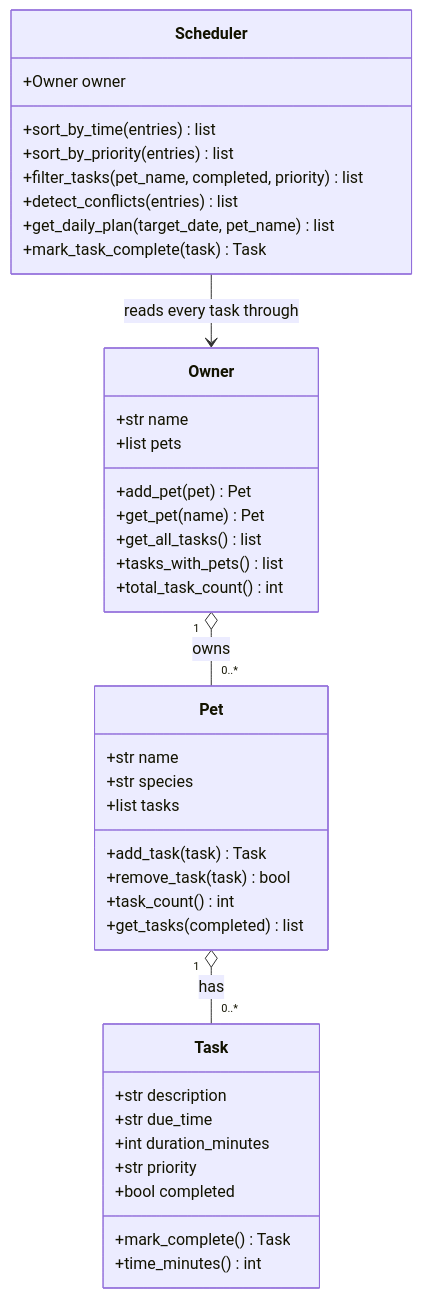
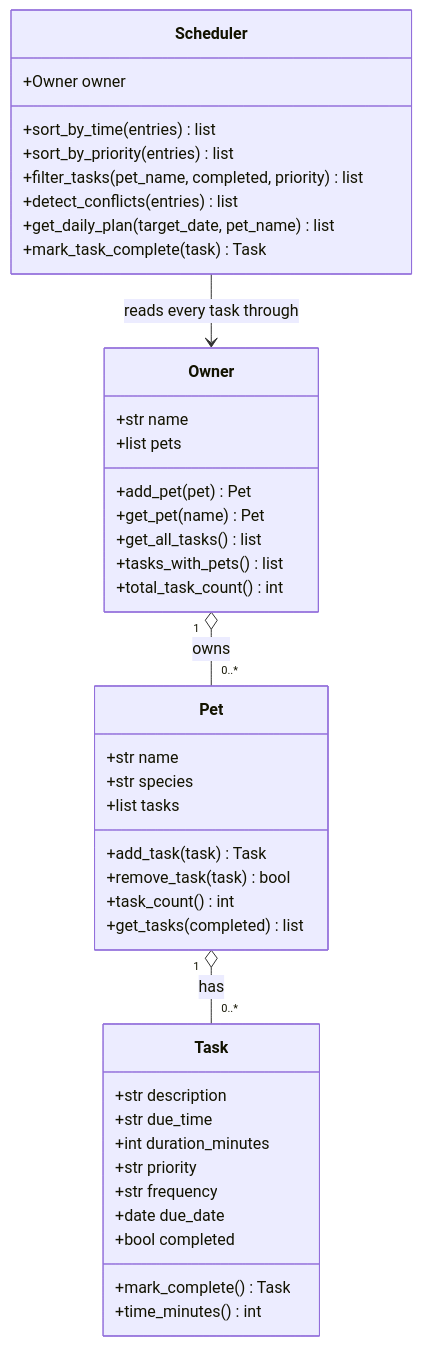
Before and after one commit to WendyZhang2024/ai110-module2show-pawpal-starter: the diagram in diagrams/uml.mmd, drawn with Mermaid. The commit also changed 6 other files, not shown here.

```diff
--- a/diagrams/uml.mmd
+++ b/diagrams/uml.mmd
@@ -1,50 +1,52 @@
 classDiagram
     %% PawPal+ system design (Phase 1 complete).
     %% Owner 1 --- * Pet 1 --- * Task.
     %% The Scheduler reads *every* pet's tasks through the Owner, so a plan is
     %% built for the whole household instead of for one pet at a time.
     %% Step 5 will add Task.frequency + Task.due_date for recurring tasks.
 
     class Task {
         +str description
         +str due_time
         +int duration_minutes
         +str priority
+        +str frequency
+        +date due_date
         +bool completed
         +mark_complete() Task
         +time_minutes() int
     }
 
     class Pet {
         +str name
         +str species
         +list tasks
         +add_task(task) Task
         +remove_task(task) bool
         +task_count() int
         +get_tasks(completed) list
     }
 
     class Owner {
         +str name
         +list pets
         +add_pet(pet) Pet
         +get_pet(name) Pet
         +get_all_tasks() list
         +tasks_with_pets() list
         +total_task_count() int
     }
 
     class Scheduler {
         +Owner owner
         +sort_by_time(entries) list
         +sort_by_priority(entries) list
         +filter_tasks(pet_name, completed, priority) list
         +detect_conflicts(entries) list
         +get_daily_plan(target_date, pet_name) list
         +mark_task_complete(task) Task
     }
 
     Owner "1" o-- "0..*" Pet : owns
     Pet "1" o-- "0..*" Task : has
     Scheduler --> Owner : reads every task through
```
